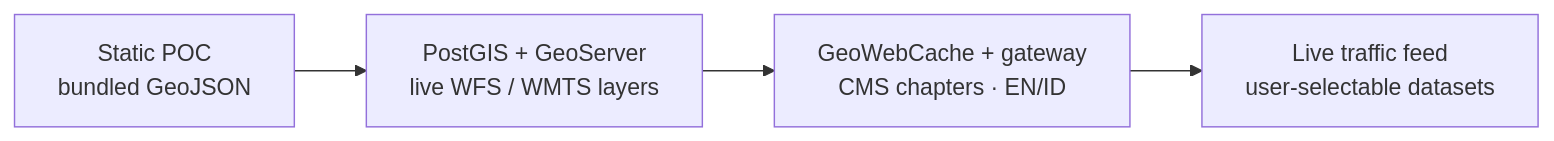
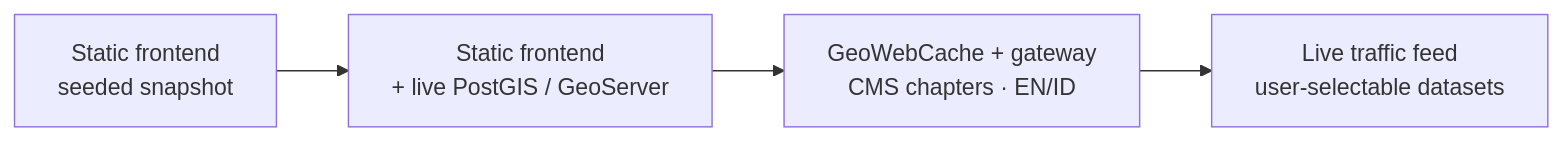
Before and after one commit to mahardisetyoso/jkt-webgis-catalyze: the tenth of 11 diagrams in docs/architecture.md, drawn with Mermaid. The commit also changed other lines of this file and 5 other files, not shown here.

First line of the commit message:
docs: static frontend over a live PostGIS/GeoServer backend

````diff
--- a/docs/architecture.md
+++ b/docs/architecture.md
@@ -329,6 +380,6 @@
 ```mermaid
 flowchart LR
-    poc[Static POC<br/>bundled GeoJSON] --> v1[PostGIS + GeoServer<br/>live WFS / WMTS layers]
+    poc[Static frontend<br/>seeded snapshot] --> v1[Static frontend<br/>+ live PostGIS / GeoServer]
     v1 --> v2[GeoWebCache + gateway<br/>CMS chapters · EN/ID]
     v2 --> v3[Live traffic feed<br/>user-selectable datasets]
 ```
````
